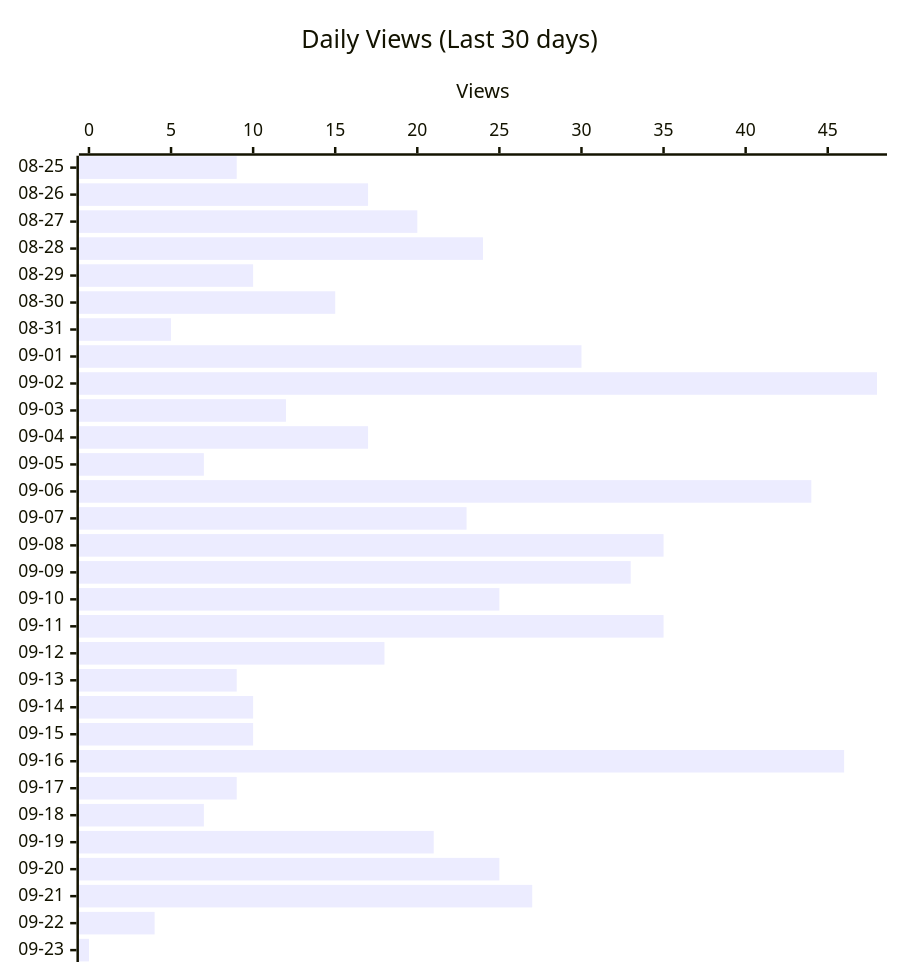
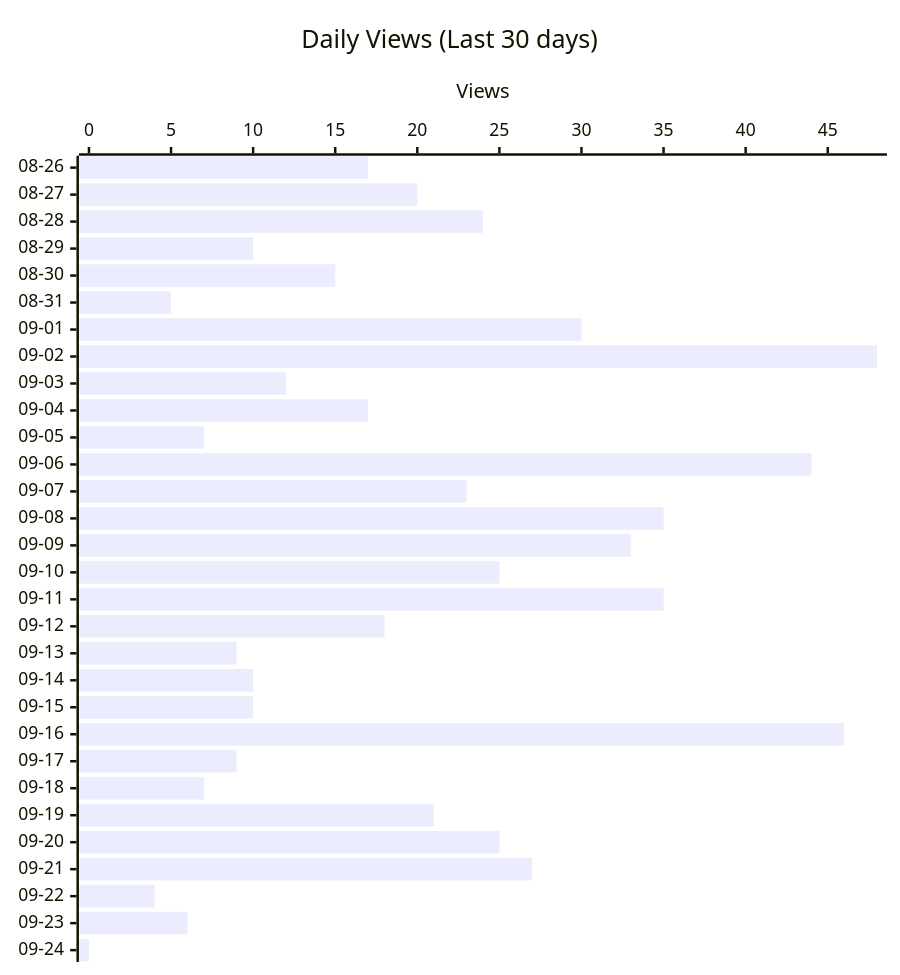
One commit to shigechika/github-insights changed the second of 4 diagrams in README.md. Above: the diagram before and after it, drawn with Mermaid. The commit also changed other lines of this file and 2 other files, not shown here.

````diff
--- a/README.md
+++ b/README.md
@@ -28,12 +28,12 @@
 ```mermaid
 ---
 config:
   xyChart:
     height: 760
 ---
 xychart-beta horizontal
     title "Daily Views (Last 30 days)"
-    x-axis ["08-25", "08-26", "08-27", "08-28", "08-29", "08-30", "08-31", "09-01", "09-02", "09-03", "09-04", "09-05", "09-06", "09-07", "09-08", "09-09", "09-10", "09-11", "09-12", "09-13", "09-14", "09-15", "09-16", "09-17", "09-18", "09-19", "09-20", "09-21", "09-22", "09-23"]
+    x-axis ["08-26", "08-27", "08-28", "08-29", "08-30", "08-31", "09-01", "09-02", "09-03", "09-04", "09-05", "09-06", "09-07", "09-08", "09-09", "09-10", "09-11", "09-12", "09-13", "09-14", "09-15", "09-16", "09-17", "09-18", "09-19", "09-20", "09-21", "09-22", "09-23", "09-24"]
     y-axis "Views"
-    bar [9, 17, 20, 24, 10, 15, 5, 30, 48, 12, 17, 7, 44, 23, 35, 33, 25, 35, 18, 9, 10, 10, 46, 9, 7, 21, 25, 27, 4, 0]
+    bar [17, 20, 24, 10, 15, 5, 30, 48, 12, 17, 7, 44, 23, 35, 33, 25, 35, 18, 9, 10, 10, 46, 9, 7, 21, 25, 27, 4, 6, 0]
 ```
````
